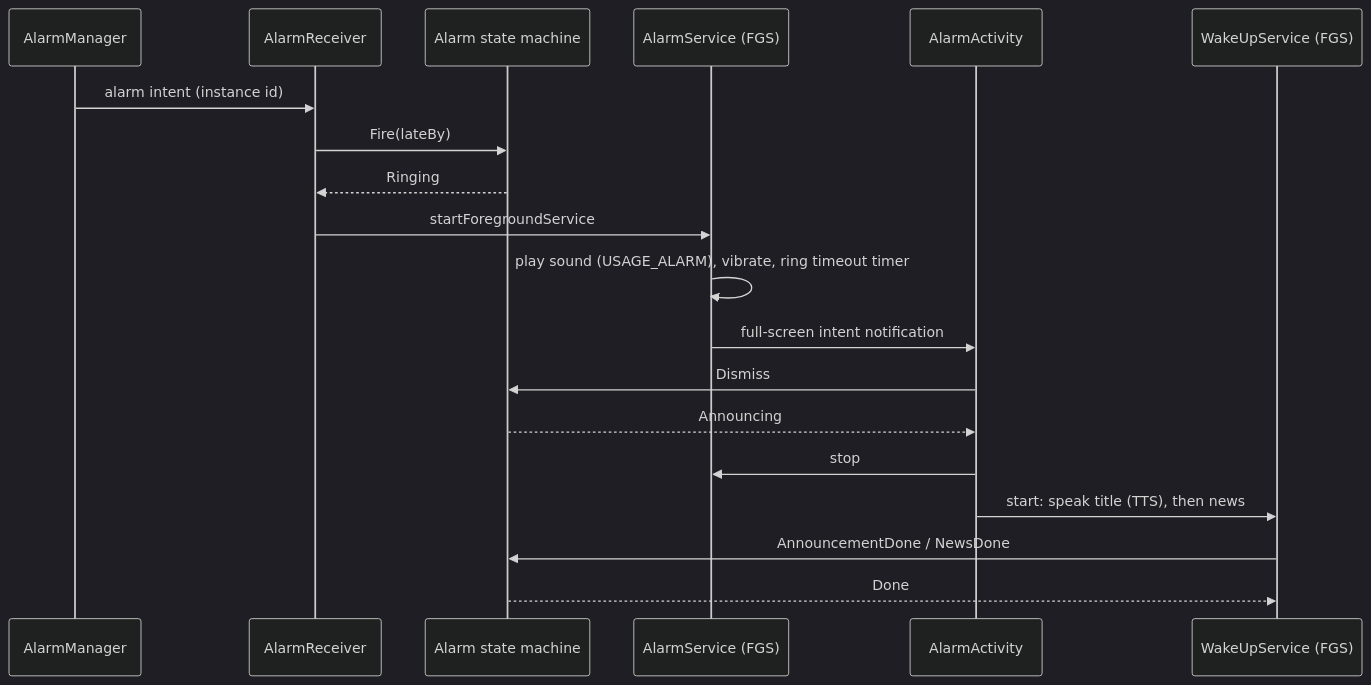
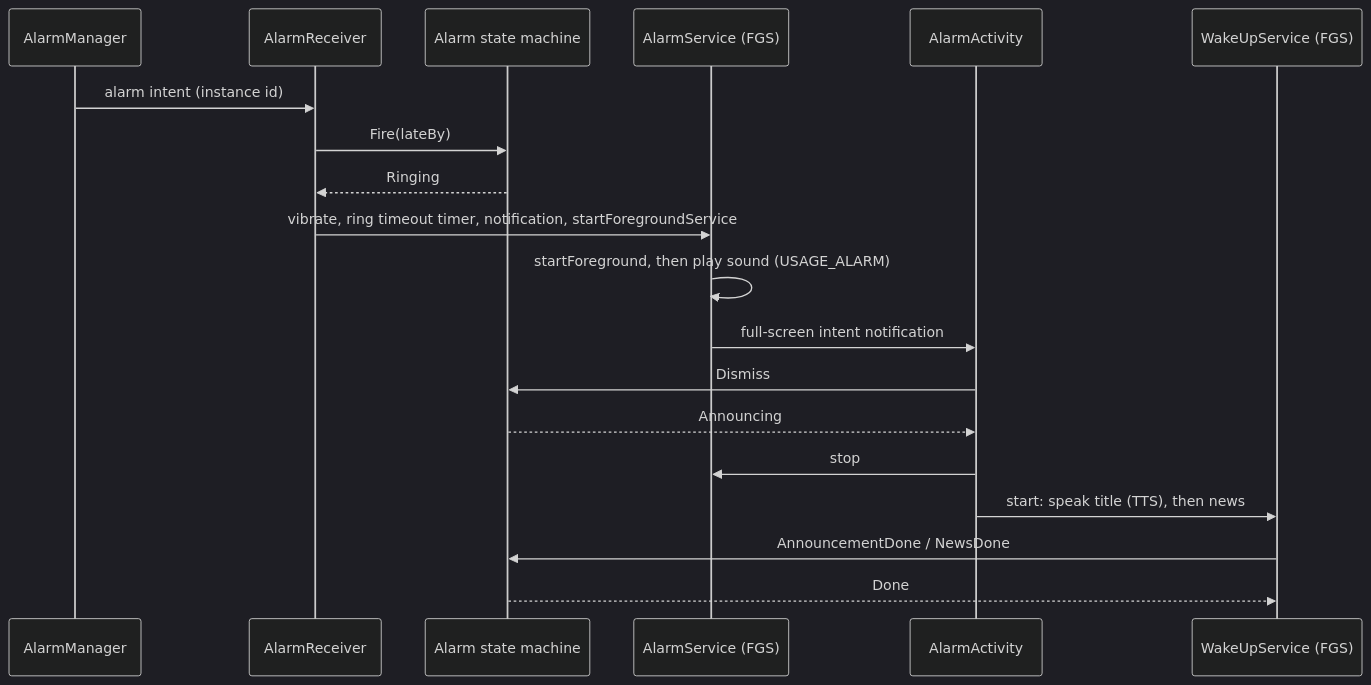
The third of 5 diagrams in docs/architecture.md (drehtuer/NextAlarmApp), drawn with Mermaid (dark theme) before and after one commit. The commit also changed other lines of this file and 10 other files, not shown here.

First line of the commit message:
Post the ringing notification before the service, and close test gaps

````diff
--- a/docs/architecture.md
+++ b/docs/architecture.md
@@ -222,21 +222,21 @@
 ```mermaid
 sequenceDiagram
     participant AM as AlarmManager
     participant R as AlarmReceiver
     participant SM as Alarm state machine
     participant S as AlarmService (FGS)
     participant A as AlarmActivity
     participant W as WakeUpService (FGS)
     AM->>R: alarm intent (instance id)
     R->>SM: Fire(lateBy)
     SM-->>R: Ringing
-    R->>S: startForegroundService
-    S->>S: play sound (USAGE_ALARM), vibrate, ring timeout timer
+    R->>S: vibrate, ring timeout timer, notification, startForegroundService
+    S->>S: startForeground, then play sound (USAGE_ALARM)
     S->>A: full-screen intent notification
     A->>SM: Dismiss
     SM-->>A: Announcing
     A->>S: stop
     A->>W: start: speak title (TTS), then news
     W->>SM: AnnouncementDone / NewsDone
     SM-->>W: Done
 ```
````
